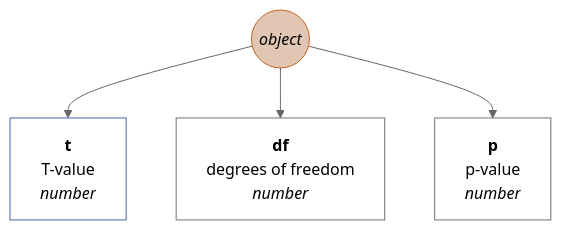
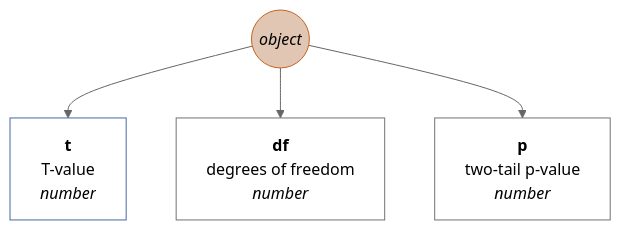
Before and after one commit to muzikp/retusa: diagram 39 of 45 in docs/en-GB.md, drawn with Mermaid (neutral theme). The commit also changed other lines of this file and 4 other files, not shown here.

````diff
--- a/docs/en-GB.md
+++ b/docs/en-GB.md
@@ -1567,16 +1567,16 @@
 ```mermaid
 graph TD
 ttestpair((<i>object</i>))
 style ttestpair fill:#E1C6B3;
 style ttestpair stroke:#C36422;
 ttestpair --> t[<b>t</b><br>T-value <br><i>number</i>]
 style t fill:#FFFFFF;
 style t stroke:#4967A4;
 ttestpair --> df[<b>df</b><br>degrees of freedom <br><i>number</i>]
 style df fill:#FFFFFF;
 style df stroke:#75716F;
-ttestpair --> p[<b>p</b><br>p-value <br><i>number</i>]
+ttestpair --> p[<b>p</b><br>two-tail p-value <br><i>number</i>]
 style p fill:#FFFFFF;
 style p stroke:#75716F;
 
 ```
````
